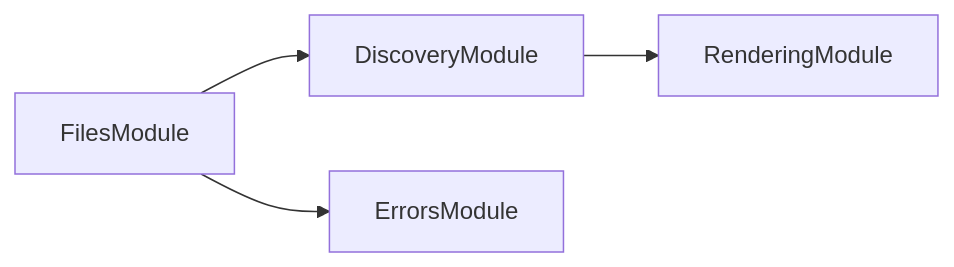
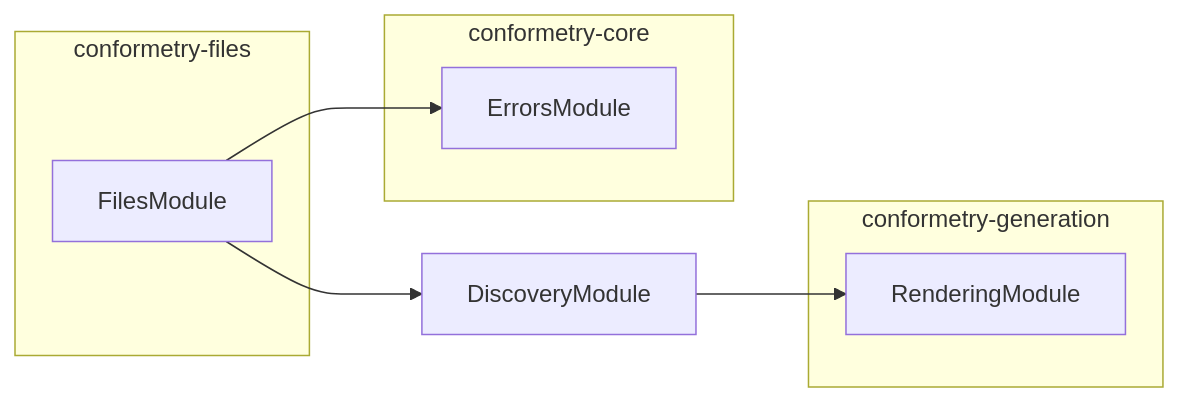
The second of 2 diagrams in packages/conformetry-files/README.md (JimmyPaolini/codebase), drawn with Mermaid before and after one commit. The commit also changed other lines of this file and 71 other files, not shown here.

Commit message:
feat(synchronization): ✨ group module graphs by package and add nx project graphs

````diff
--- a/packages/conformetry-files/README.md
+++ b/packages/conformetry-files/README.md
@@ -38,6 +59,16 @@
 ```mermaid
 flowchart LR
+  subgraph group0["conformetry-files"]
+    FilesModule
+  end
+  subgraph group1["conformetry-core"]
+    ErrorsModule
+  end
+  subgraph group2["conformetry-generation"]
+    RenderingModule
+  end
+  DiscoveryModule
   DiscoveryModule --> RenderingModule
   FilesModule --> DiscoveryModule
   FilesModule --> ErrorsModule
 ```
````
